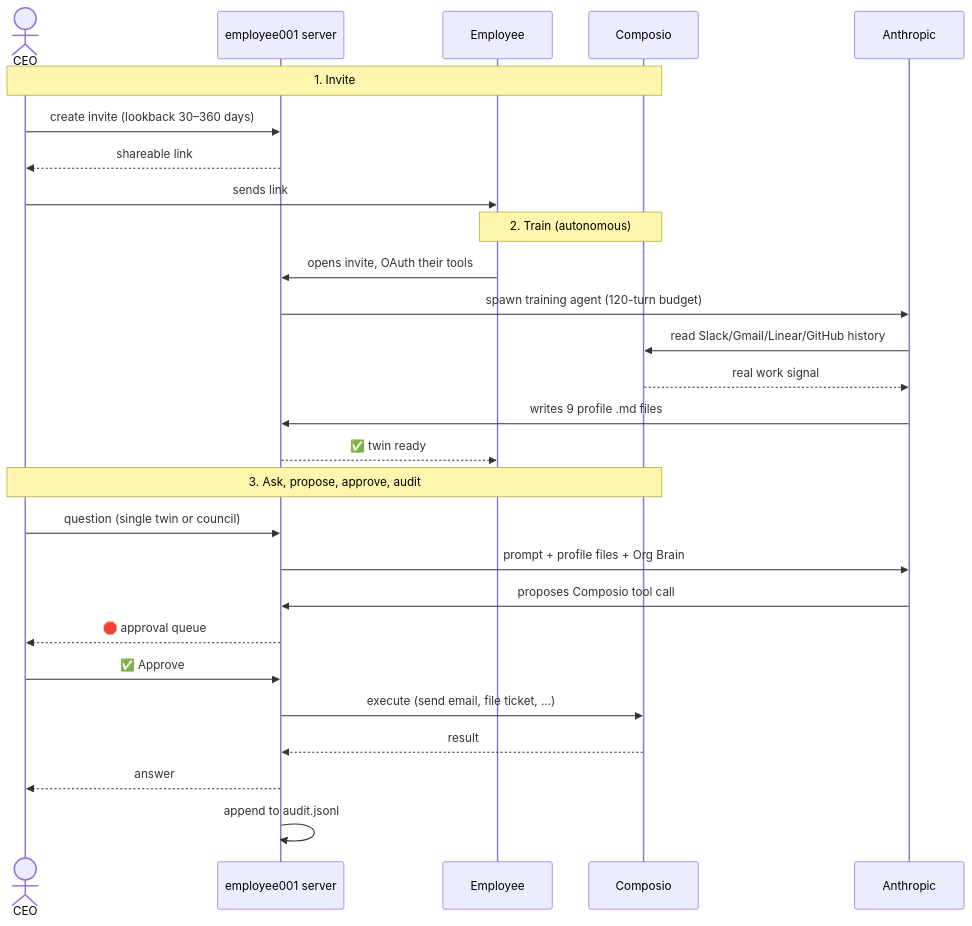
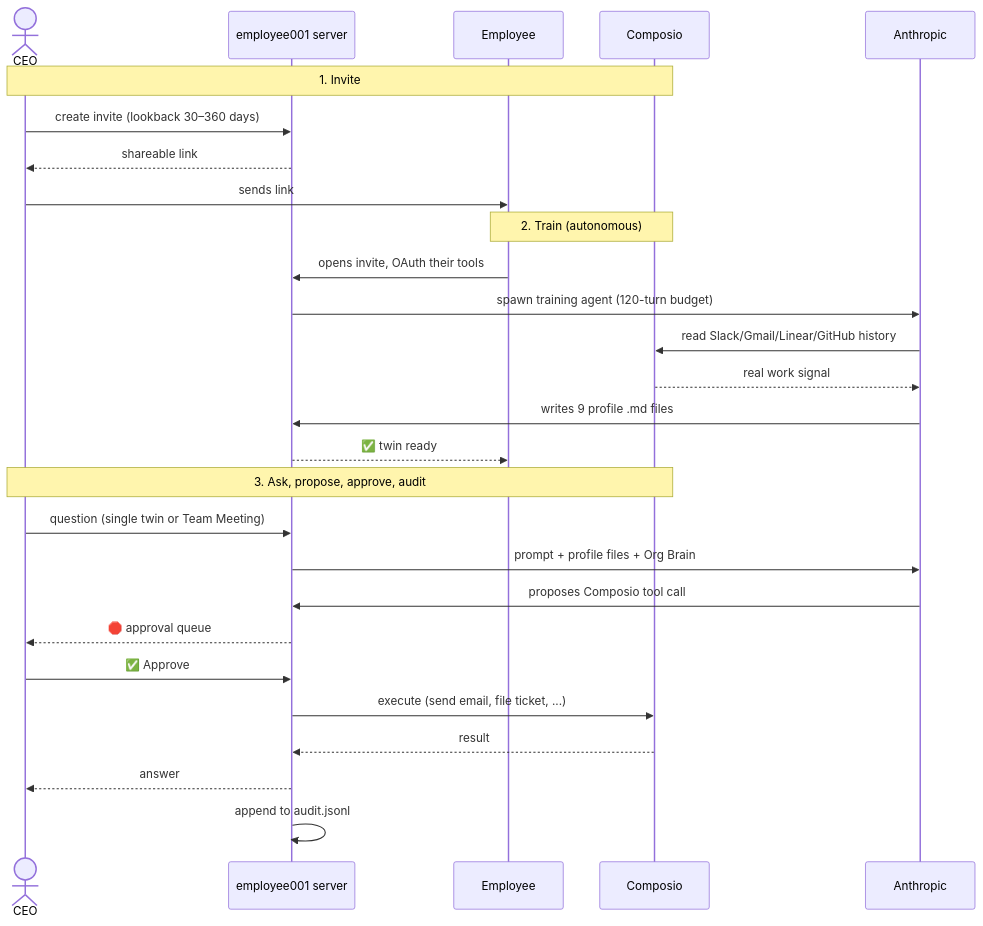
One commit to dolevhayut/Employee001 changed the second of 3 diagrams in README.md. Above: the diagram before and after it, drawn with Mermaid. The commit also changed other lines of this file, not shown here.

````diff
--- a/README.md
+++ b/README.md
@@ -100,32 +108,32 @@
 ```mermaid
 sequenceDiagram
     actor CEO
     participant Server as employee001 server
     participant Employee
     participant Composio
     participant Claude as Anthropic
 
     Note over CEO,Composio: 1. Invite
     CEO->>Server: create invite (lookback 30–360 days)
     Server-->>CEO: shareable link
     CEO->>Employee: sends link
 
     Note over Employee,Composio: 2. Train (autonomous)
     Employee->>Server: opens invite, OAuth their tools
     Server->>Claude: spawn training agent (120-turn budget)
     Claude->>Composio: read Slack/Gmail/Linear/GitHub history
     Composio-->>Claude: real work signal
     Claude->>Server: writes 9 profile .md files
     Server-->>Employee: ✅ twin ready
 
     Note over CEO,Composio: 3. Ask, propose, approve, audit
-    CEO->>Server: question (single twin or council)
+    CEO->>Server: question (single twin or Team Meeting)
     Server->>Claude: prompt + profile files + Org Brain
     Claude->>Server: proposes Composio tool call
     Server-->>CEO: 🛑 approval queue
     CEO->>Server: ✅ Approve
     Server->>Composio: execute (send email, file ticket, ...)
     Composio-->>Server: result
     Server-->>CEO: answer
     Server->>Server: append to audit.jsonl
 ```
````
